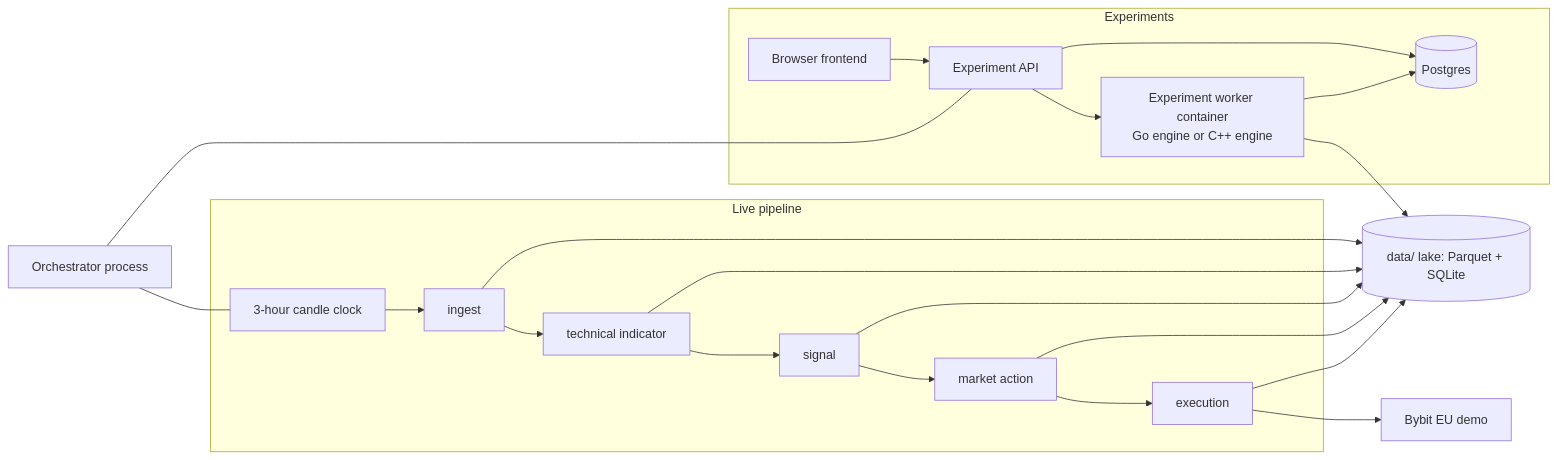
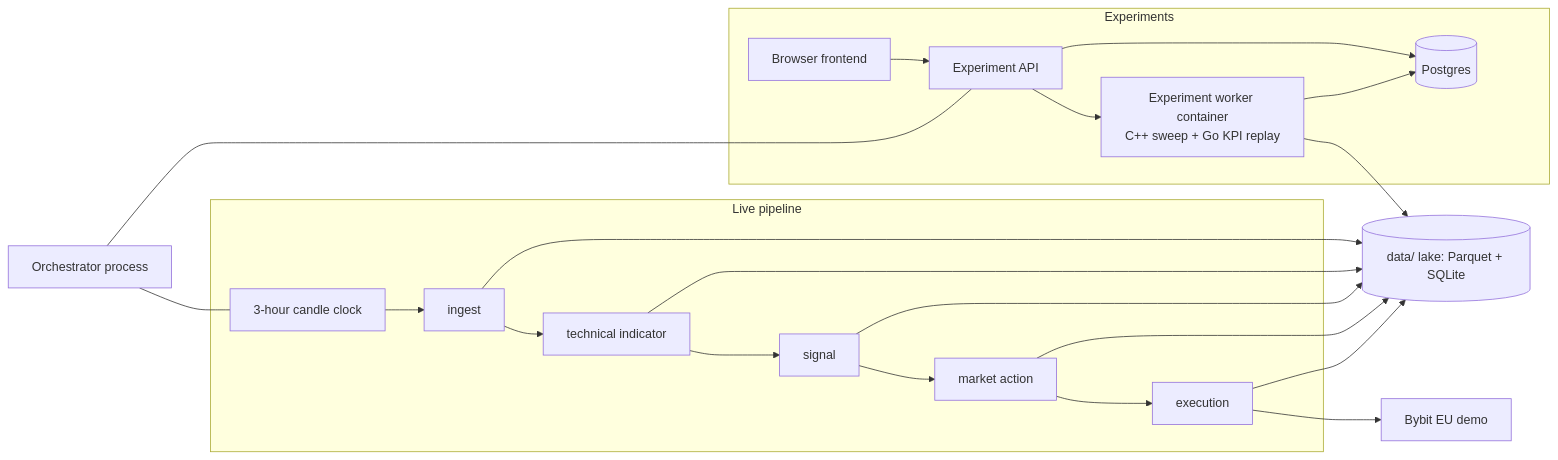
The diagram in README.md (MaxBernstetter/dagobert), drawn with Mermaid before and after one commit. The commit also changed other lines of this file and 11 other files, not shown here.

````diff
--- a/README.md
+++ b/README.md
@@ -12,26 +12,26 @@
 ```mermaid
 flowchart LR
   subgraph exp [Experiments]
     UI[Browser frontend] --> API[Experiment API]
-    API --> W[Experiment worker container<br/>Go engine or C++ engine]
+    API --> W[Experiment worker container<br/>C++ sweep + Go KPI replay]
     API --> PG[(Postgres)]
     W --> PG
   end
   subgraph live [Live pipeline]
     CLK[3-hour candle clock] --> J1[ingest]
     J1 --> J2[technical indicator]
     J2 --> J3[signal]
     J3 --> J4[market action]
     J4 --> J5[execution]
   end
   ORCH[Orchestrator process]
   ORCH --- API
   ORCH --- CLK
   W --> LAKE[(data/ lake: Parquet + SQLite)]
   J1 --> LAKE
   J2 --> LAKE
   J3 --> LAKE
   J4 --> LAKE
   J5 --> LAKE
   J5 --> BYBIT[Bybit EU demo]
 ```
````
